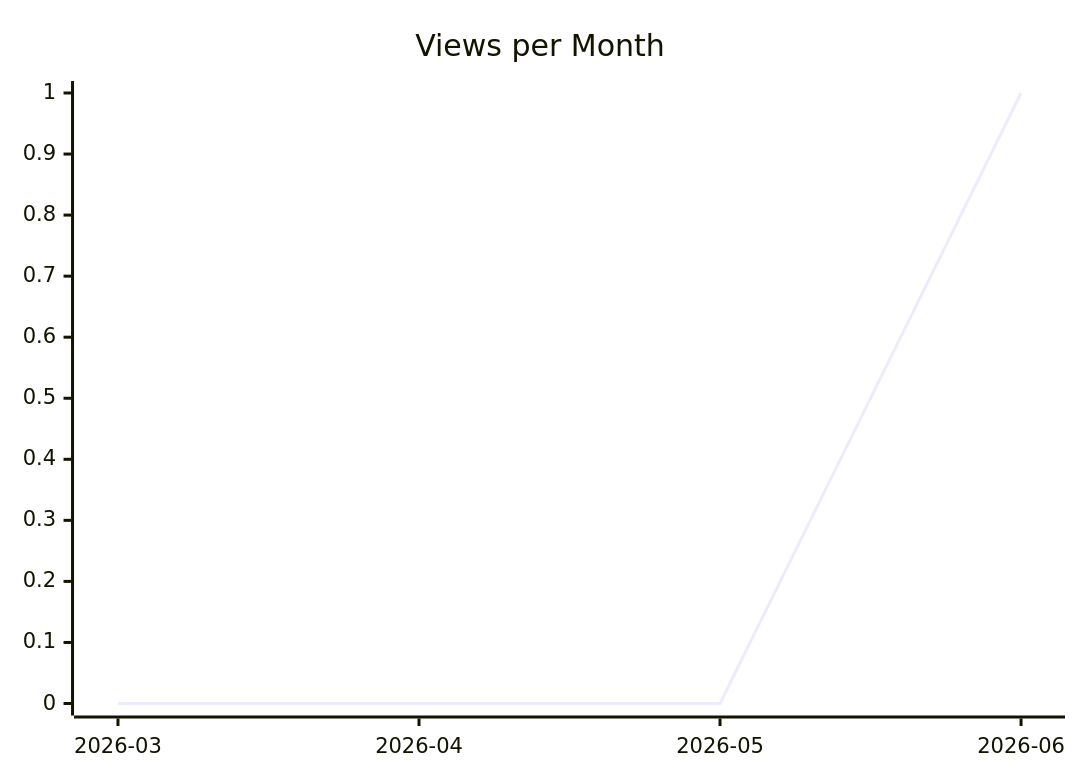
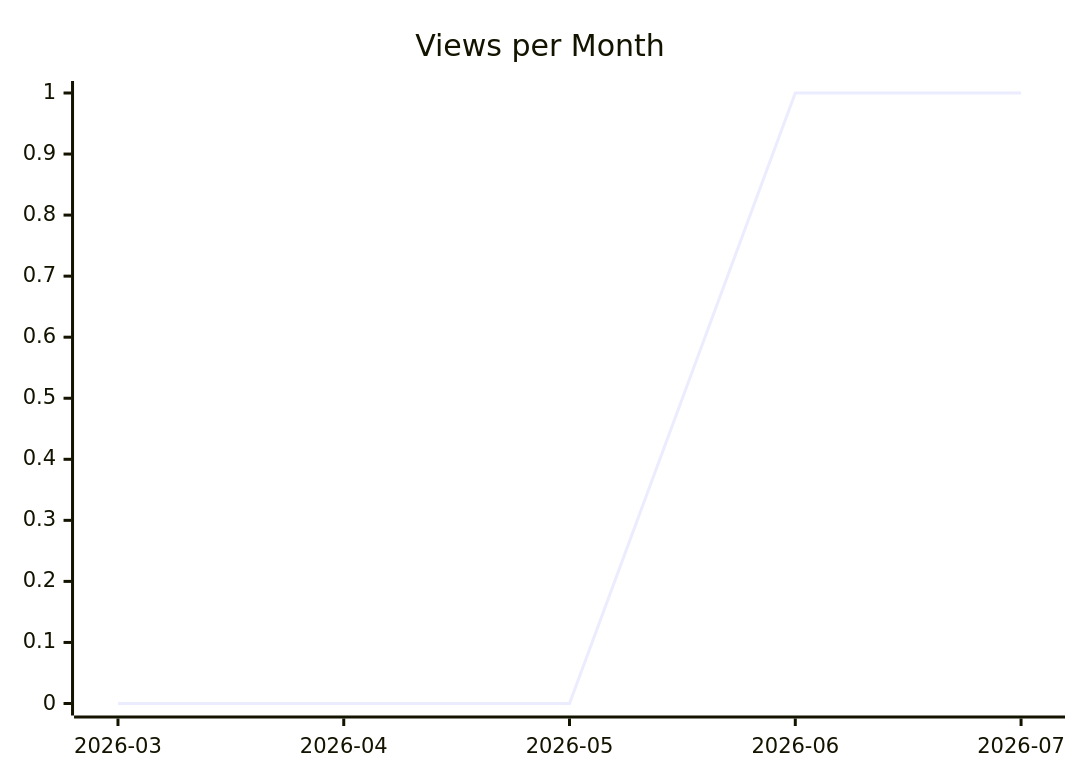
One commit to justdavis-family/github-analytics-data changed the second of 3 diagrams in karlmdavis/m2e-core/README.md. Above: the diagram before and after it, drawn with Mermaid. The commit also changed other lines of this file and 199 other files, not shown here.

````diff
--- a/karlmdavis/m2e-core/README.md
+++ b/karlmdavis/m2e-core/README.md
@@ -12,6 +12,6 @@
 ```mermaid
 xychart-beta
   title "Views per Month"
-  x-axis ["2026-03", "2026-04", "2026-05", "2026-06"]
-  line [0, 0, 0, 1]
+  x-axis ["2026-03", "2026-04", "2026-05", "2026-06", "2026-07"]
+  line [0, 0, 0, 1, 1]
 ```
````
